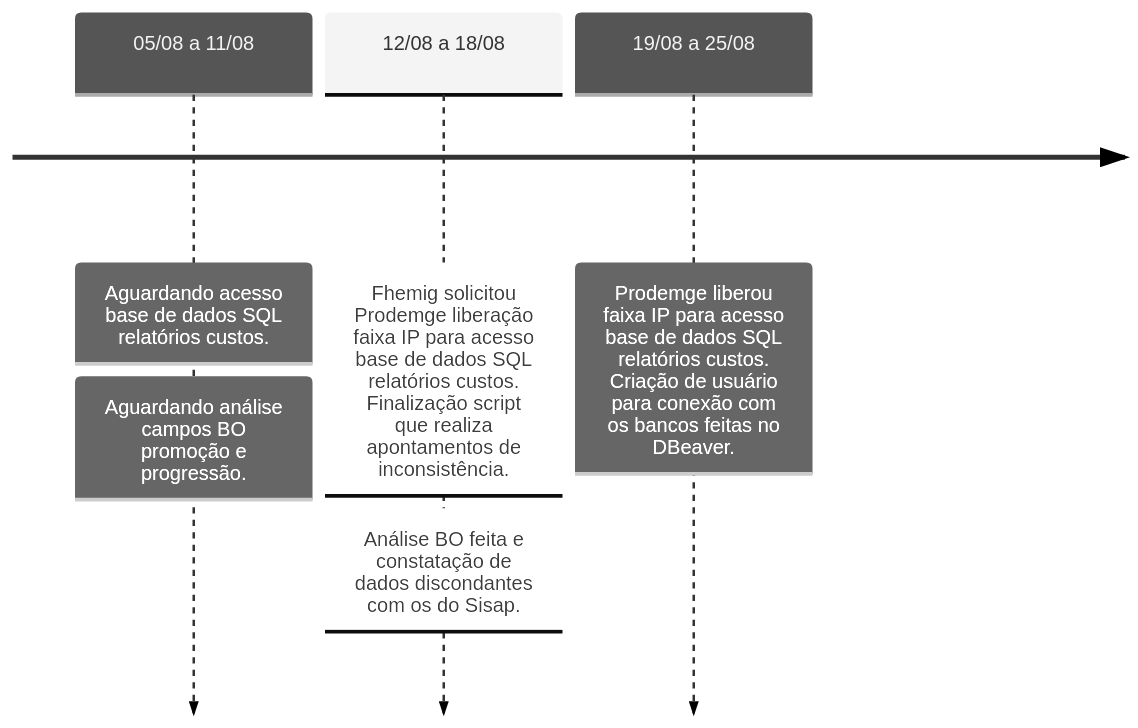
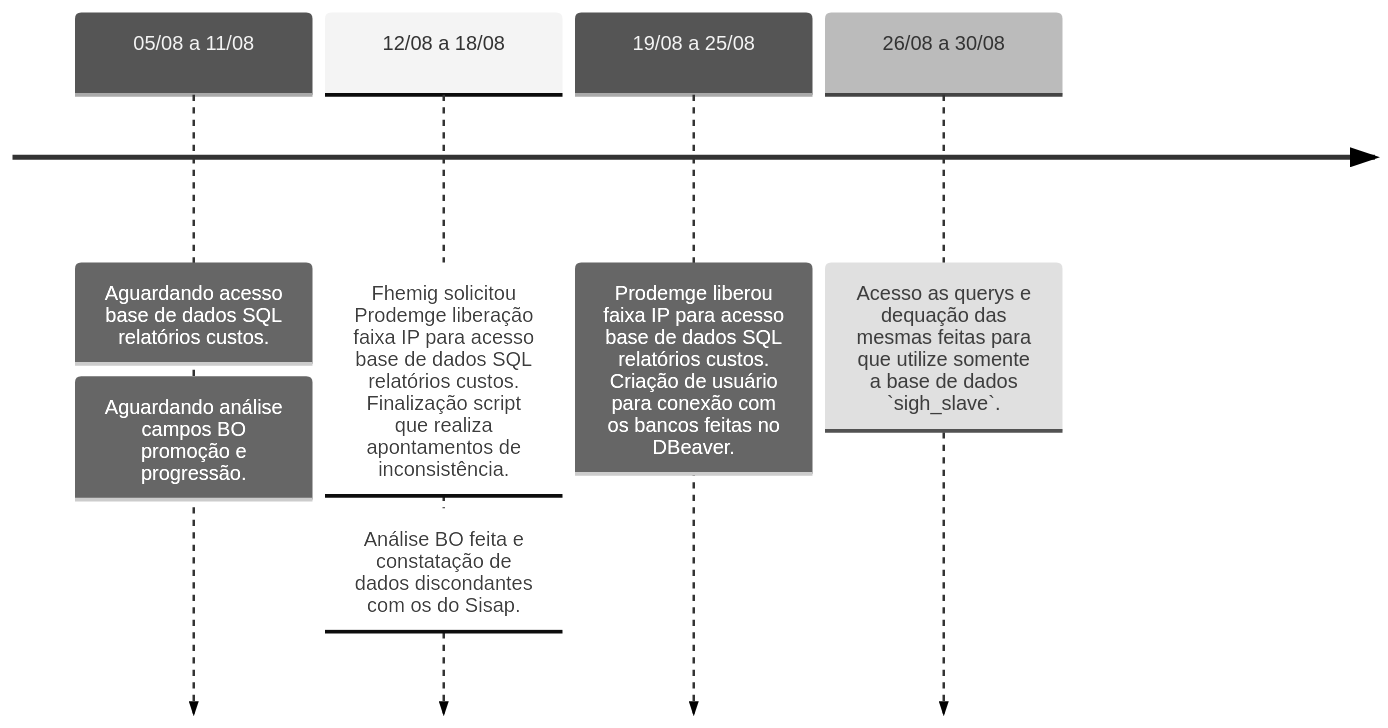
One commit to automatiza-mg/handbook changed the second of 2 diagrams in docs/linha_do_tempo/projeto_fhemig.md. Above: the diagram before and after it, drawn with Mermaid (neutral theme).

Commit message:
add semana 26/08 a 30/08  projeto_fhemig.md

````diff
--- a/docs/linha_do_tempo/projeto_fhemig.md
+++ b/docs/linha_do_tempo/projeto_fhemig.md
@@ -29,8 +29,9 @@
     ```mermaid
     timeline
         05/08 a 11/08 : Aguardando acesso base de dados SQL relatórios custos.
                       : Aguardando análise campos BO promoção e progressão.
         12/08 a 18/08 : Fhemig solicitou Prodemge liberação faixa IP para acesso base de dados SQL relatórios custos. Finalização script que realiza apontamentos de inconsistência.
                       : Análise BO feita e constatação de dados discondantes com os do Sisap.
         19/08 a 25/08 : Prodemge liberou faixa IP para acesso base de dados SQL relatórios custos. Criação de usuário para conexão com os bancos feitas no DBeaver.
+        26/08 a 30/08 : Acesso as querys e dequação das mesmas feitas para que utilize somente a base de dados `sigh_slave`.
     ```
````
